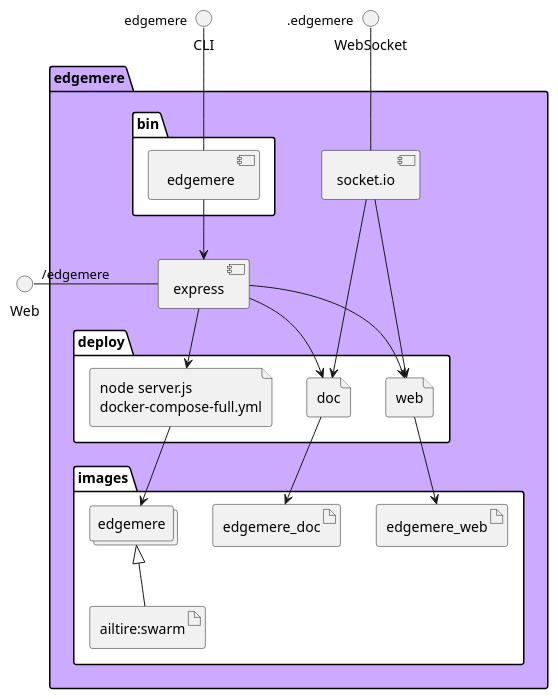
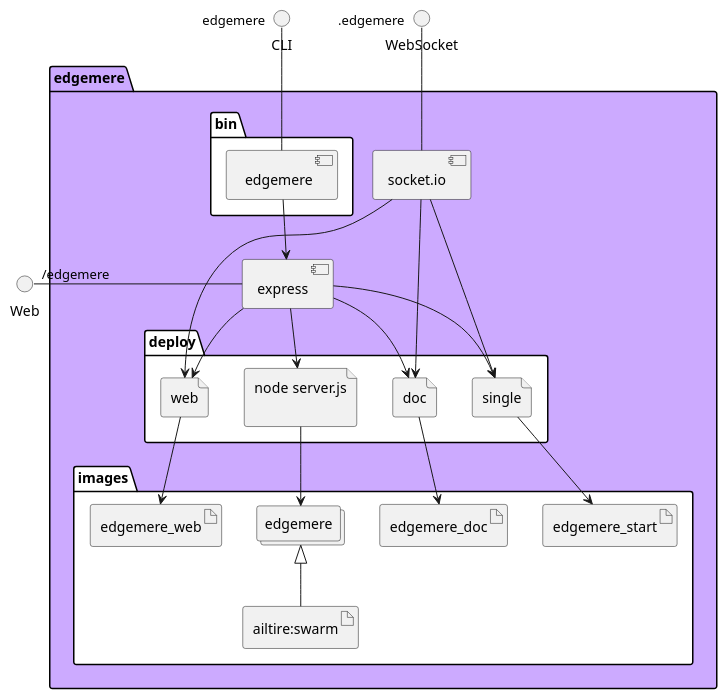
The diagram in docs/edgemere/envs/dev/physical.puml (madajaju/edgemere), drawn with PlantUML before and after one commit. The commit also changed 499 other files, not shown here.

```diff
--- a/docs/edgemere/envs/dev/physical.puml
+++ b/docs/edgemere/envs/dev/physical.puml
@@ -1,46 +1,53 @@
 @startuml
   interface CLI
   interface Web
   interface WebSocket
 package "edgemere" #ccaaff {
   component express as REST
   component socket.io as socket
   folder bin #ffffff {
     component " edgemere" as binName
   }
   binName --> REST
 
   folder deploy #ffffff {
-      file "node server.js\ndocker-compose-full.yml" as edgemere_container
+      file "node server.js\n" as edgemere_container
       REST --> edgemere_container
 
+  
+    file "single" as single_container
+    REST --> single_container
+    socket ---> single_container
   
     file "web" as web_container
     REST --> web_container
     socket ---> web_container
   
     file "doc" as doc_container
     REST --> doc_container
     socket ---> doc_container
   
   }
   folder images #ffffff {
     collections "edgemere" as edgemereimage
     artifact "ailtire:swarm" as ailtireswarm
     edgemereimage <|-- ailtireswarm
     edgemere_container --> edgemereimage
 
   
+      artifact "edgemere_start" as edgemere_start
+      single_container --> edgemere_start
+    
       artifact "edgemere_web" as edgemere_web
       web_container --> edgemere_web
     
       artifact "edgemere_doc" as edgemere_doc
       doc_container --> edgemere_doc
     
   }
 }
 CLI " edgemere" -- binName
 Web "/edgemere" - REST
 WebSocket ".edgemere" -- socket
 
 @enduml
```
